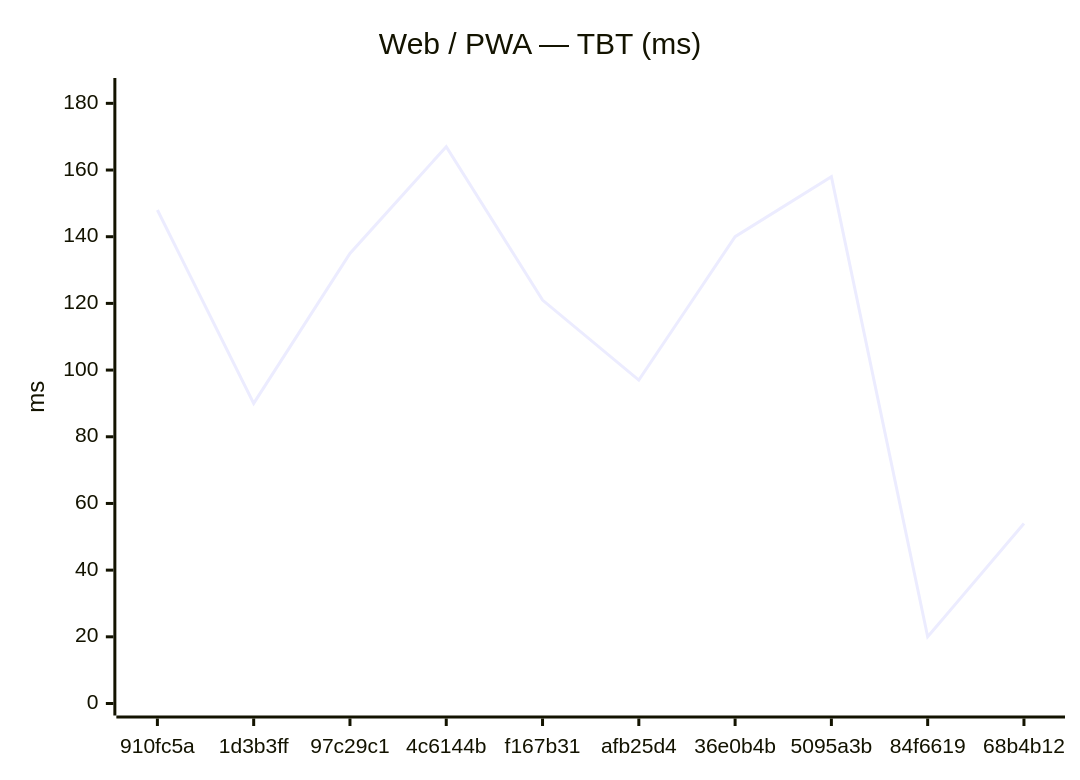
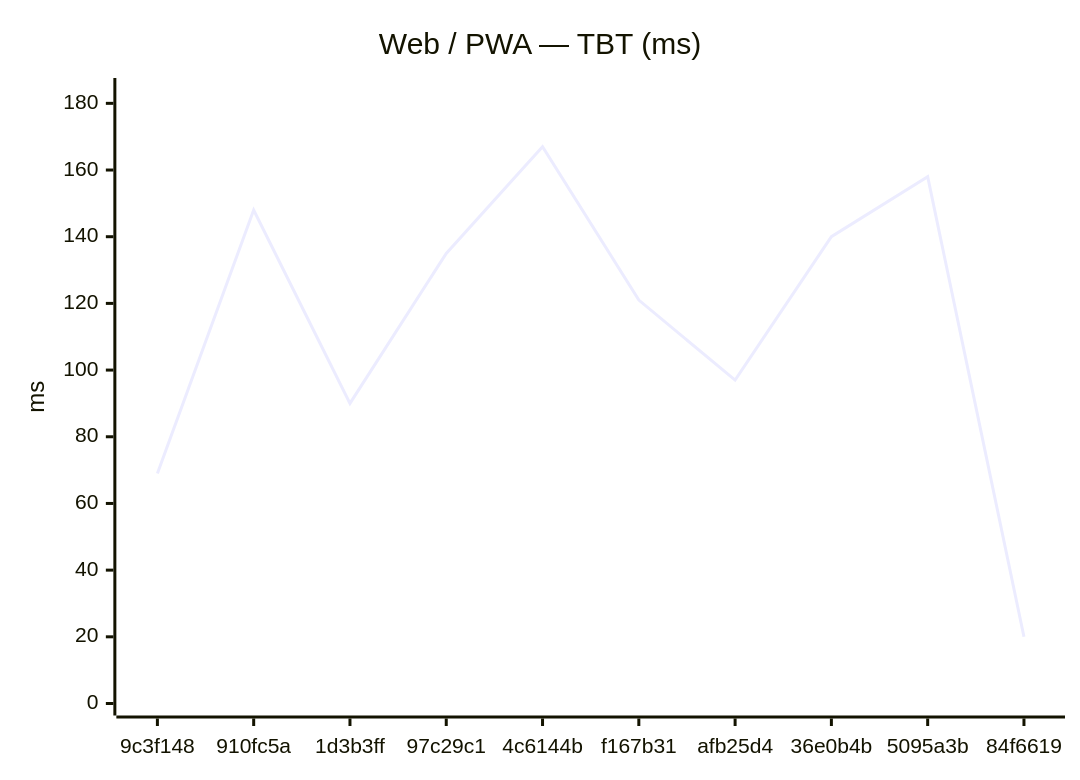
Before and after one commit to Metaheurist/Rianell: the second of 18 diagrams in benchmarks/compare.md, drawn with Mermaid. The commit also changed other lines of this file and 11 other files, not shown here.

````diff
--- a/benchmarks/compare.md
+++ b/benchmarks/compare.md
@@ -31,7 +31,7 @@
 ```mermaid
 xychart-beta
     title "Web / PWA — TBT (ms)"
-    x-axis ["910fc5a", "1d3b3ff", "97c29c1", "4c6144b", "f167b31", "afb25d4", "36e0b4b", "5095a3b", "84f6619", "68b4b12"]
+    x-axis ["9c3f148", "910fc5a", "1d3b3ff", "97c29c1", "4c6144b", "f167b31", "afb25d4", "36e0b4b", "5095a3b", "84f6619"]
     y-axis "ms" 0 --> 184
-    line [148, 90, 135, 167, 121, 97, 140, 158, 20, 54]
+    line [69, 148, 90, 135, 167, 121, 97, 140, 158, 20]
 ```
````
